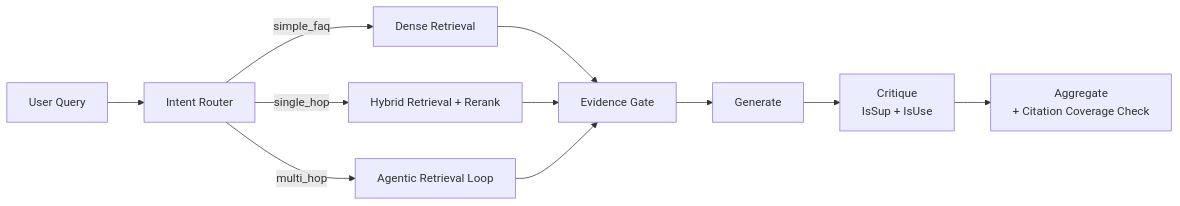
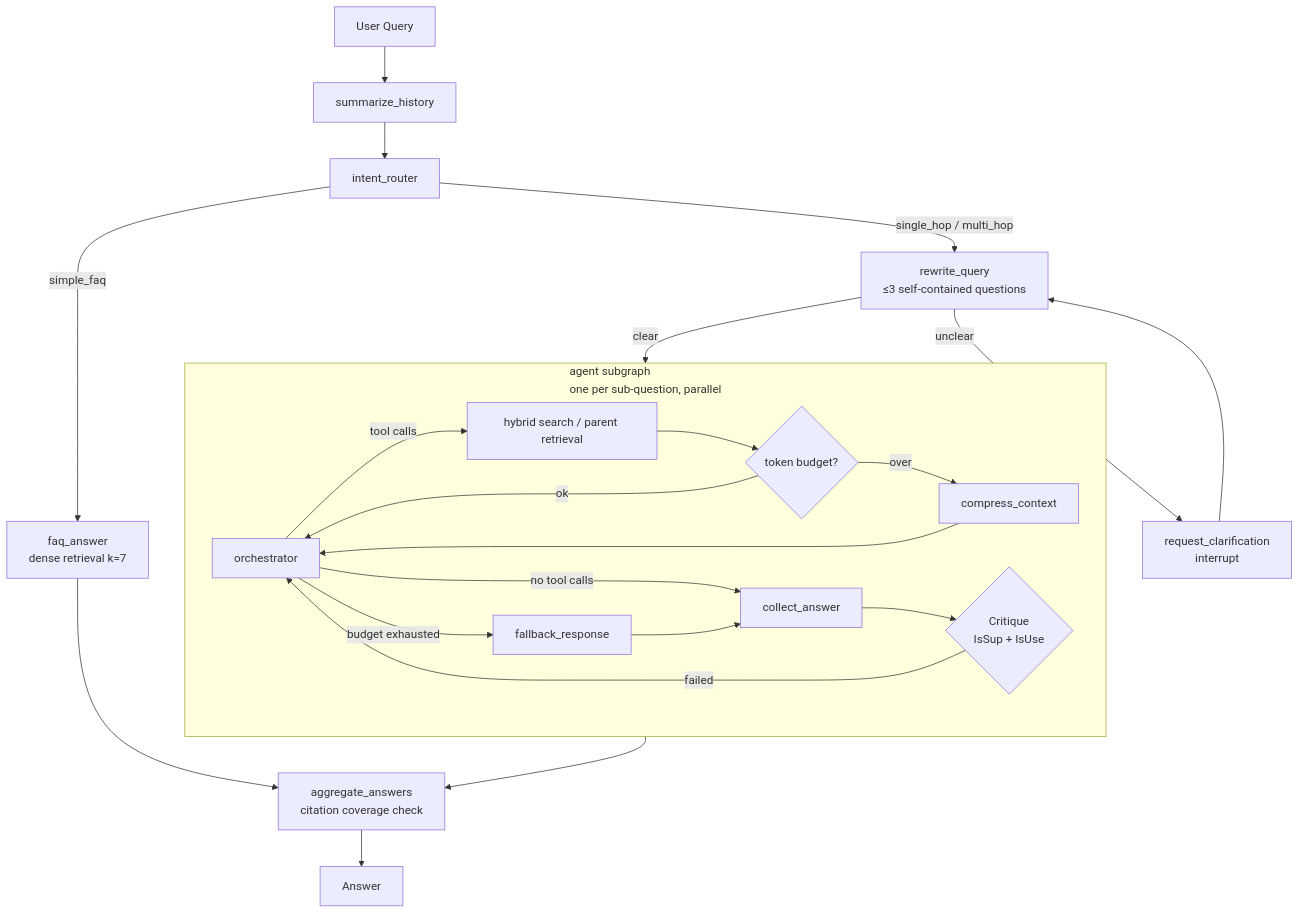
Before and after one commit to yourcplusplus/reflect-rag: the diagram in README.md, drawn with Mermaid. The commit also changed other lines of this file and 1 other file, not shown here.

Commit message:
docs: align architecture diagram with graph implementation
- single_hop and multi_hop share one agentic path; only simple_faq forks
- FAQ fast path bypasses Critique, so it no longer routes through a gate
- drop the non-existent Evidence Gate node; add summarize/rewrite/
  clarification/compression/collect nodes and the retry edge
- sync README.zh-CN.md

````diff
--- a/README.md
+++ b/README.md
@@ -35,13 +35,25 @@
 ```mermaid
-flowchart LR
-    Q[User Query] --> IR[Intent Router]
-    IR -->|simple_faq| FAQ[Dense Retrieval]
-    IR -->|single_hop| SH[Hybrid Retrieval + Rerank]
-    IR -->|multi_hop| MH[Agentic Retrieval Loop]
-    FAQ --> EG[Evidence Gate]
-    SH --> EG
-    MH --> EG
-    EG --> GEN[Generate]
-    GEN --> CR[Critique<br/>IsSup + IsUse]
-    CR --> AGG[Aggregate<br/>+ Citation Coverage Check]
+flowchart TD
+    Q[User Query] --> SUM[summarize_history]
+    SUM --> IR[intent_router]
+    IR -->|simple_faq| FAQ[faq_answer<br/>dense retrieval k=7]
+    IR -->|single_hop / multi_hop| RW[rewrite_query<br/>≤3 self-contained questions]
+    RW -->|unclear| CLR[request_clarification<br/>interrupt]
+    CLR --> RW
+    RW -->|clear| AG
+    subgraph AG[agent subgraph<br/>one per sub-question, parallel]
+      ORC[orchestrator] -->|tool calls| TOOLS[hybrid search / parent retrieval]
+      TOOLS --> BUD{token budget?}
+      BUD -->|over| CMP[compress_context]
+      BUD -->|ok| ORC
+      CMP --> ORC
+      ORC -->|budget exhausted| FB[fallback_response]
+      ORC -->|no tool calls| COL[collect_answer]
+      FB --> COL
+      COL --> CR{Critique<br/>IsSup + IsUse}
+      CR -->|failed| ORC
+    end
+    AG --> AGG[aggregate_answers<br/>citation coverage check]
+    FAQ --> AGG
+    AGG --> ANS[Answer]
 ```
````
